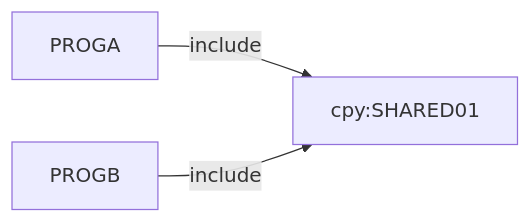
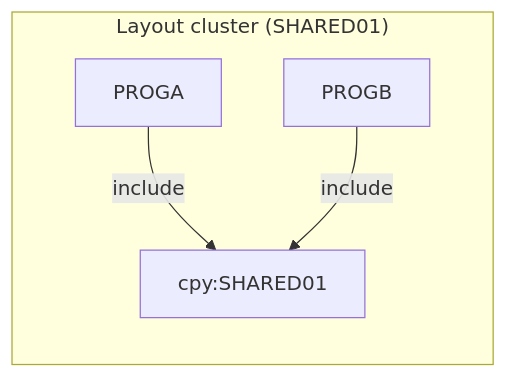
The diagram in evals/runs/04-shared-copybook/modernization-assessment/02-coupling.md (Sparq-Holding-Inc/claude-legacy-modernization), drawn with Mermaid before and after one commit. The commit also changed other lines of this file and 217 other files, not shown here.

````diff
--- a/evals/runs/04-shared-copybook/modernization-assessment/02-coupling.md
+++ b/evals/runs/04-shared-copybook/modernization-assessment/02-coupling.md
@@ -17,5 +24,10 @@
 ```mermaid
 graph LR
-  A[PROGA] -- include --> C[cpy:SHARED01]
-  B[PROGB] -- include --> C
+  subgraph layout["Layout cluster (SHARED01)"]
+    PROGA
+    PROGB
+    SHARED01["cpy:SHARED01"]
+  end
+  PROGA -->|include| SHARED01
+  PROGB -->|include| SHARED01
 ```
````
